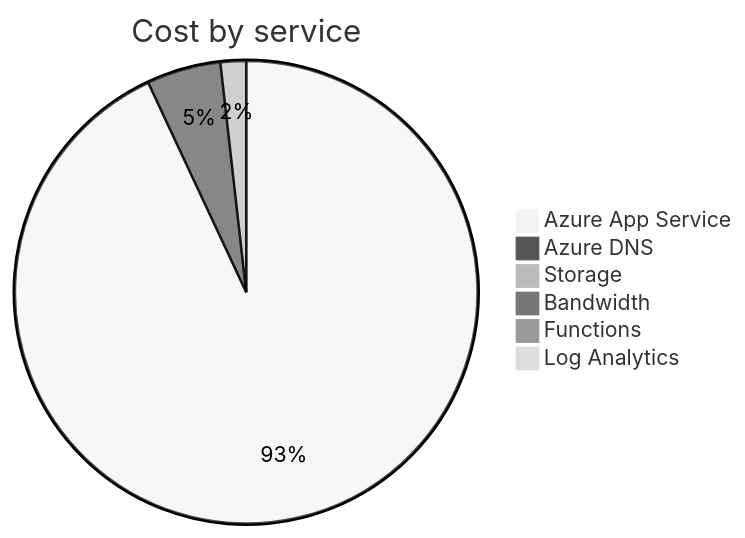
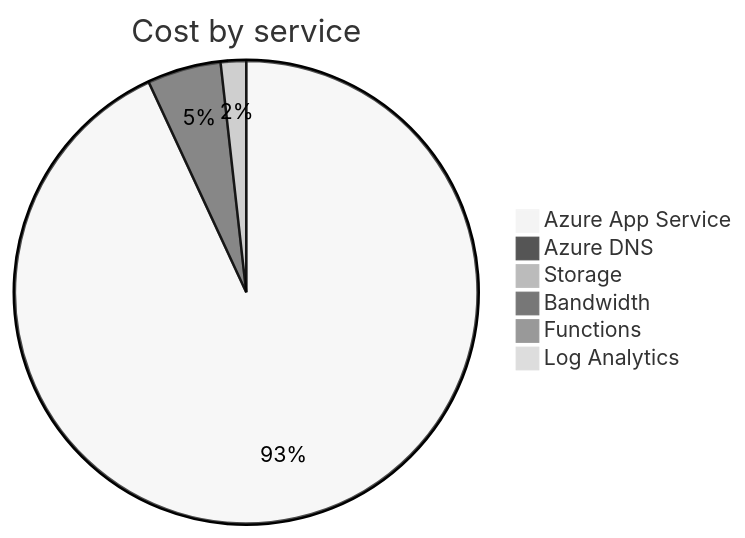
The second of 4 diagrams in cost-reports/accumulated-cost.md (jpfulton/azure-personal-reports), drawn with Mermaid (neutral theme) before and after one commit. The commit also changed other lines of this file and 4 other files, not shown here.

````diff
--- a/cost-reports/accumulated-cost.md
+++ b/cost-reports/accumulated-cost.md
@@ -98,10 +98,10 @@
 ```mermaid
 pie
    title Cost by service
-   "Azure App Service" : 4.68
-   "Azure DNS" : 0.26
-   "Storage" : 0.09
+   "Azure App Service" : 5.25
+   "Azure DNS" : 0.29
+   "Storage" : 0.10
    "Bandwidth" : 0.00
    "Functions" : 0.00
    "Log Analytics" : 0.00
 ```
````
